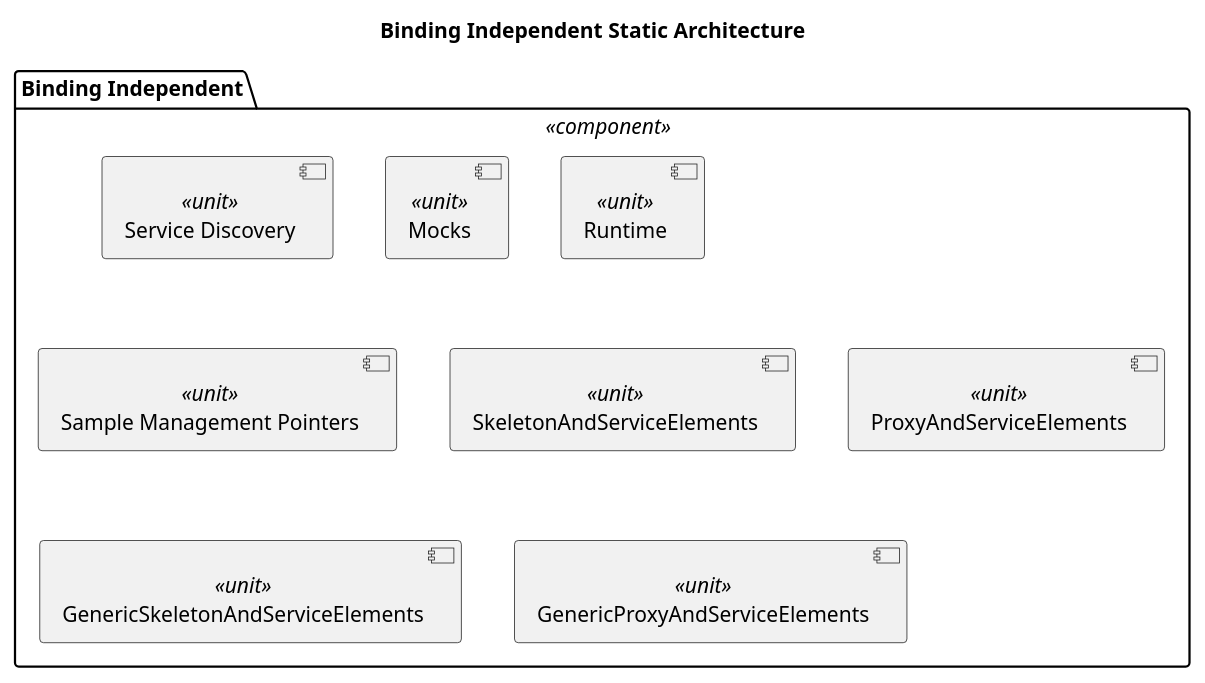
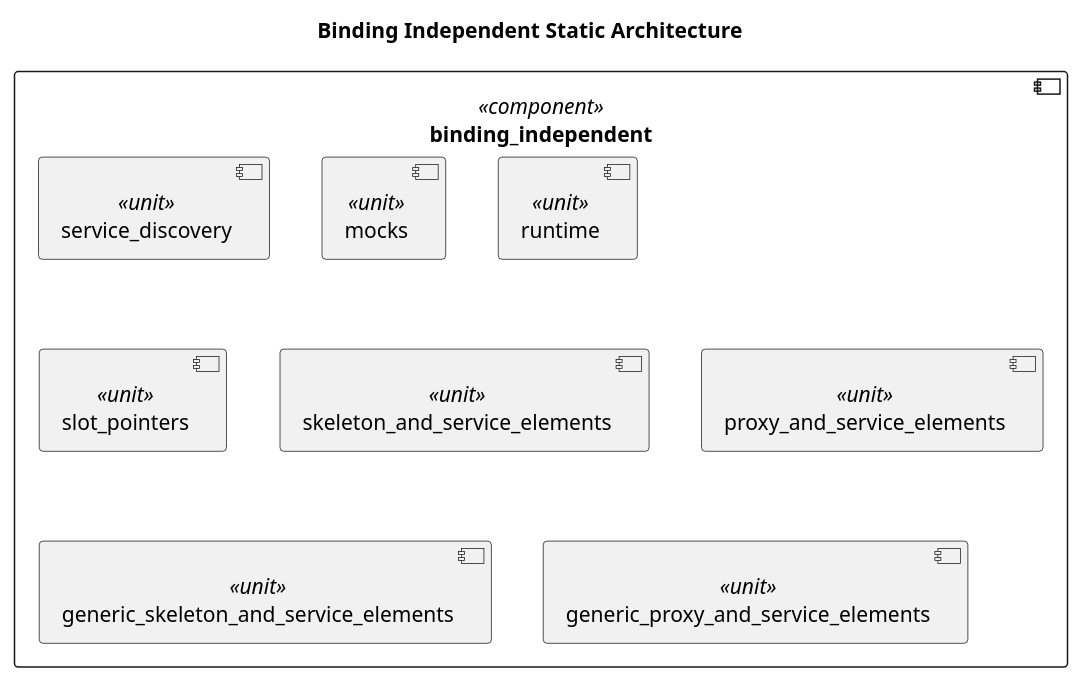
The diagram in score/mw/com/dependability/architectural_design/static_design/binding_independent.puml (eclipse-score/communication), drawn with PlantUML before and after one commit. The commit also changed 20 other files, not shown here.

```diff
--- a/score/mw/com/dependability/architectural_design/static_design/binding_independent.puml
+++ b/score/mw/com/dependability/architectural_design/static_design/binding_independent.puml
@@ -13,19 +13,19 @@
 @startuml safety_sentinel_binding_independent_design
 title "Binding Independent Static Architecture"
 
-package "Binding Independent" as binding_independent <<component>> {
-  component "Service Discovery" as service_discovery <<unit>>
-  component "Mocks" as mocks <<unit>>
-  component "Runtime" as runtime <<unit>>
-  component "Sample Management Pointers" as slot_pointers <<unit>>
+component binding_independent <<component>> {
+  component service_discovery <<unit>>
+  component mocks <<unit>>
+  component runtime <<unit>>
+  component slot_pointers <<unit>>
 
-  component "SkeletonAndServiceElements" as skeleton_and_service_elements <<unit>>
+  component skeleton_and_service_elements <<unit>>
 
-  component "ProxyAndServiceElements" as proxy_and_service_elements <<unit>>
+  component proxy_and_service_elements <<unit>>
 
-  component "GenericSkeletonAndServiceElements" as generic_skeleton_and_service_elements <<unit>>
+  component generic_skeleton_and_service_elements <<unit>>
 
-  component "GenericProxyAndServiceElements" as generic_proxy_and_service_elements <<unit>>
+  component generic_proxy_and_service_elements <<unit>>
 }
 
 @enduml
```
